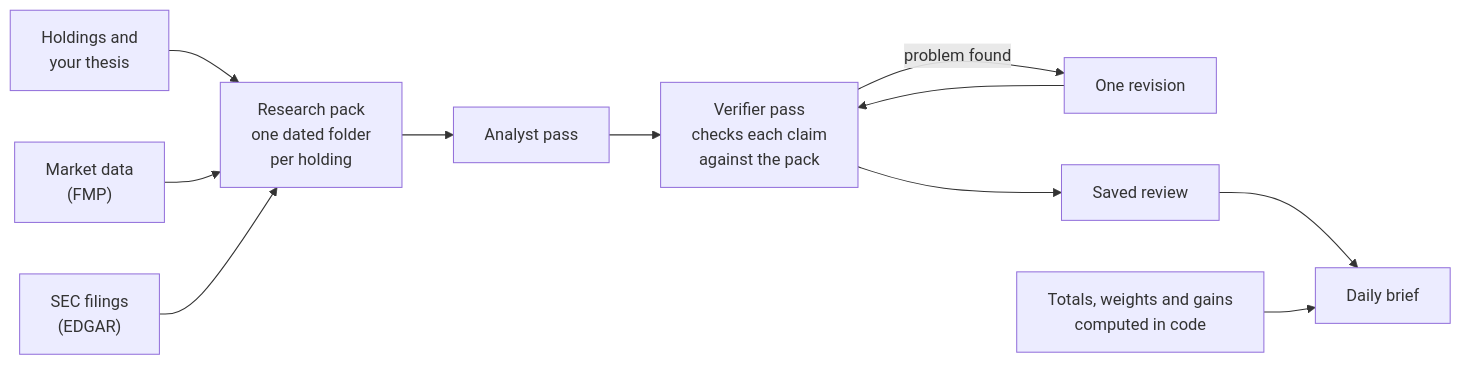
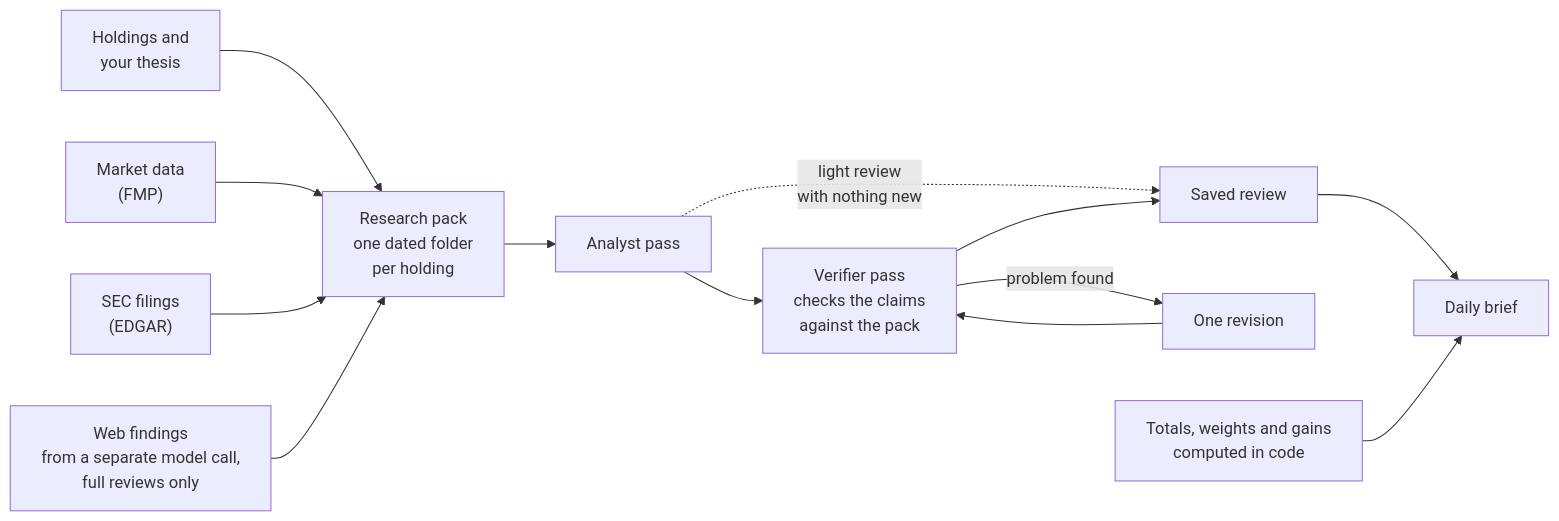
Before and after one commit to eligorelick/portchecker: the diagram in README.md, drawn with Mermaid. The commit also changed other lines of this file, not shown here.

First line of the commit message:
Say what each pipeline step does, not more

````diff
--- a/README.md
+++ b/README.md
@@ -17,13 +17,15 @@
 ```mermaid
 flowchart LR
   H["Holdings and<br/>your thesis"] --> P
   V["Market data<br/>(FMP)"] --> P
   S["SEC filings<br/>(EDGAR)"] --> P
+  W["Web findings<br/>from a separate model call,<br/>full reviews only"] --> P
   P["Research pack<br/>one dated folder<br/>per holding"] --> A["Analyst pass"]
-  A --> C["Verifier pass<br/>checks each claim<br/>against the pack"]
+  A --> C["Verifier pass<br/>checks the claims<br/>against the pack"]
+  A -. "light review<br/>with nothing new" .-> U
   C -- "problem found" --> R["One revision"]
   R --> C
   C --> U["Saved review"]
   U --> B["Daily brief"]
   F["Totals, weights and gains<br/>computed in code"] --> B
 ```
````
